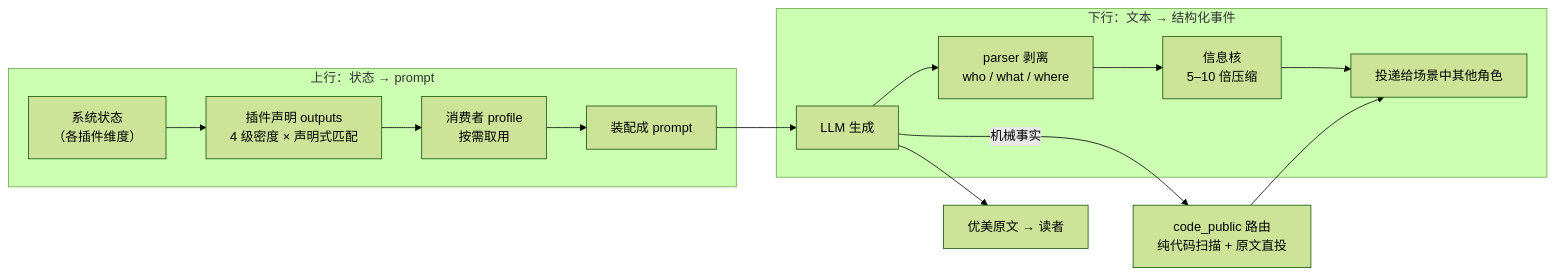
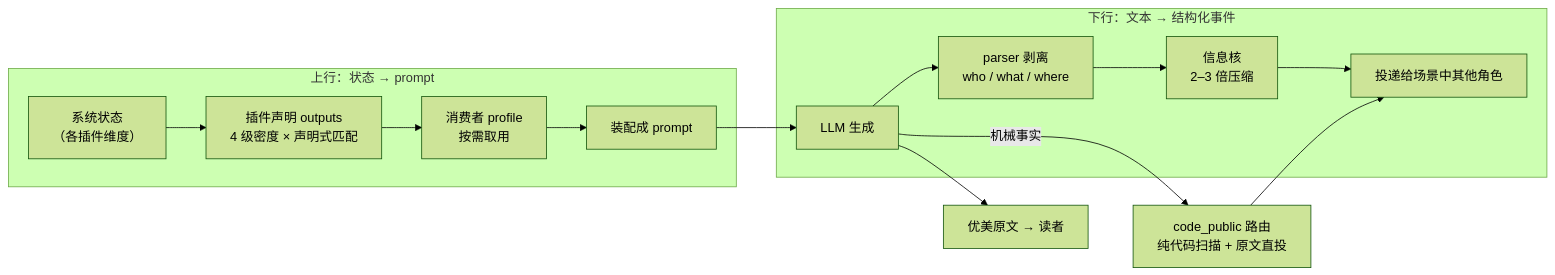
One commit to PeppaPiggy945/DayDream-Showcase changed the diagram in docs/rendering-pipeline.md. Above: the diagram before and after it, drawn with Mermaid (forest theme). The commit also changed other lines of this file and 1 other file, not shown here.

Commit message:
docs: correct information-density ratio to 2-3x and clarify 16h is simulated time

````diff
--- a/docs/rendering-pipeline.md
+++ b/docs/rendering-pipeline.md
@@ -5,18 +5,18 @@
 ```mermaid
 flowchart LR
     subgraph up["上行：状态 → prompt"]
       S["系统状态<br/>（各插件维度）"] --> O["插件声明 outputs<br/>4 级密度 × 声明式匹配"]
       O --> P["消费者 profile<br/>按需取用"]
       P --> PR["装配成 prompt"]
     end
     PR --> L["LLM 生成"]
     L --> OUT["优美原文 → 读者"]
     subgraph down["下行：文本 → 结构化事件"]
       L --> PA["parser 剥离<br/>who / what / where"]
-      PA --> CORE["信息核<br/>5–10 倍压缩"]
+      PA --> CORE["信息核<br/>2–3 倍压缩"]
       CORE --> OTH["投递给场景中其他角色"]
     end
 
     L -->|"机械事实"| CP["code_public 路由<br/>纯代码扫描 + 原文直投"]
     CP --> OTH
 ```
````
